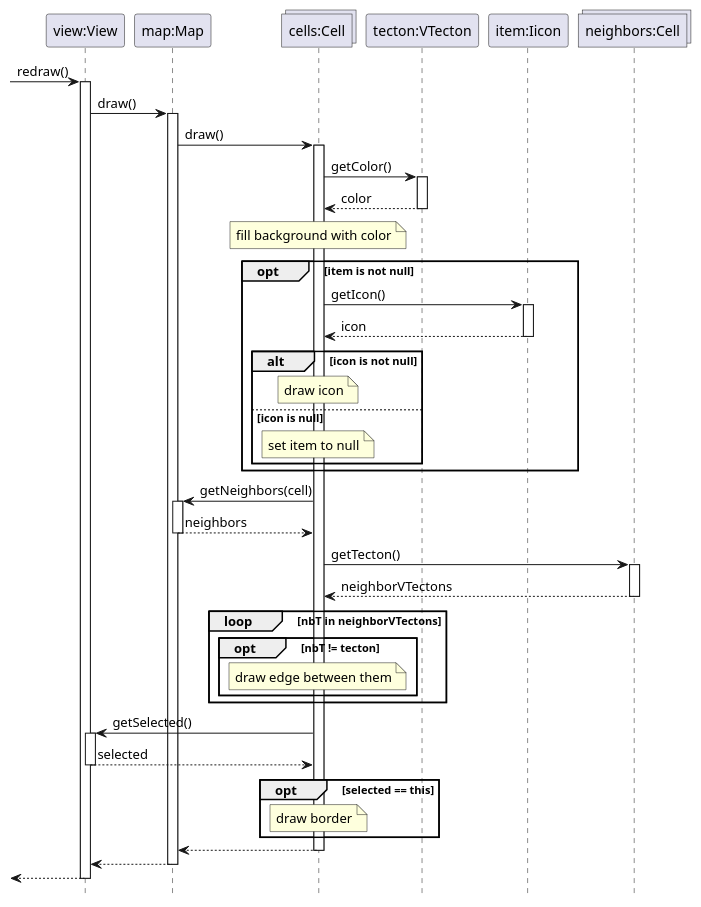
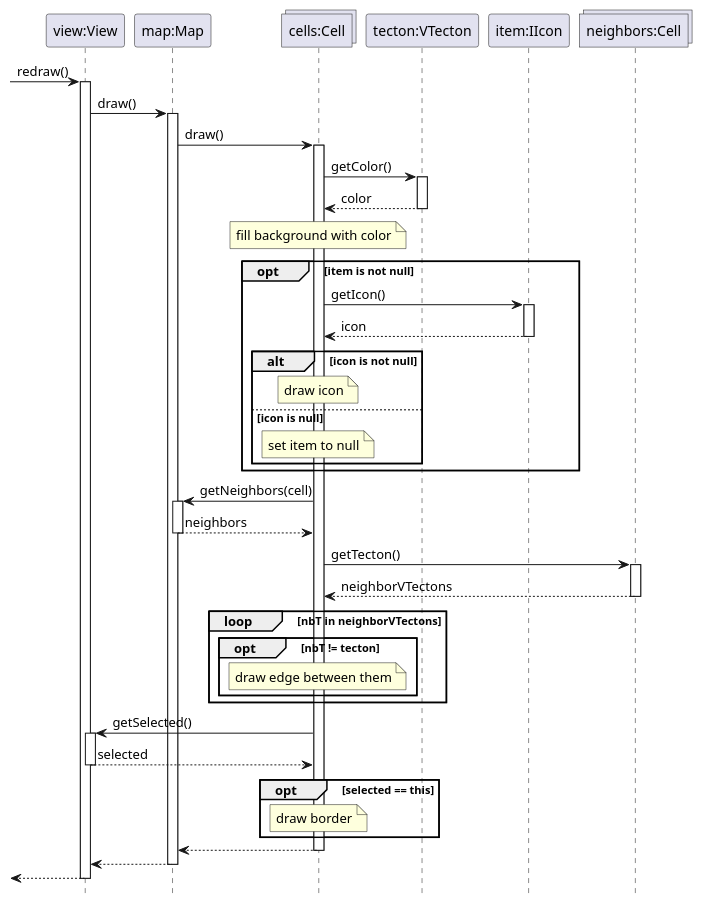
Before and after one commit to ZD4ve/projlab-error521: the diagram in GuiPlan/rendering.puml, drawn with PlantUML. The commit also changed 2 other files, not shown here.

```diff
--- a/GuiPlan/rendering.puml
+++ b/GuiPlan/rendering.puml
@@ -1,52 +1,52 @@
 @startuml rendering
 hide footbox
 
 participant "view:View" as view
 participant "map:Map" as map
 collections "cells:Cell" as cells
 participant "tecton:VTecton" as tecton
-participant "item:Iicon" as item
+participant "item:IIcon" as item
 collections "neighbors:Cell" as neighbors
 
 -> view : redraw()
 activate view
 view -> map : draw()
 activate map
 map -> cells : draw()
 activate cells
 cells -> tecton : getColor()
 activate tecton
 return color
 note over cells : fill background with color
 opt item is not null
     cells -> item : getIcon()
     activate item
     return icon
     alt icon is not null
         note over cells : draw icon
     else icon is null
         note over cells : set item to null
     end
 end
 cells -> map : getNeighbors(cell)
 activate map
 return neighbors
 cells -> neighbors : getTecton()
 activate neighbors
 return neighborVTectons
 loop nbT in neighborVTectons
     opt nbT != tecton
         note over cells : draw edge between them
     end
 end
 cells -> view : getSelected()
 activate view
 return selected
 opt selected == this
     note over cells : draw border
 end
 return
 return
 return
 
 @enduml
```
